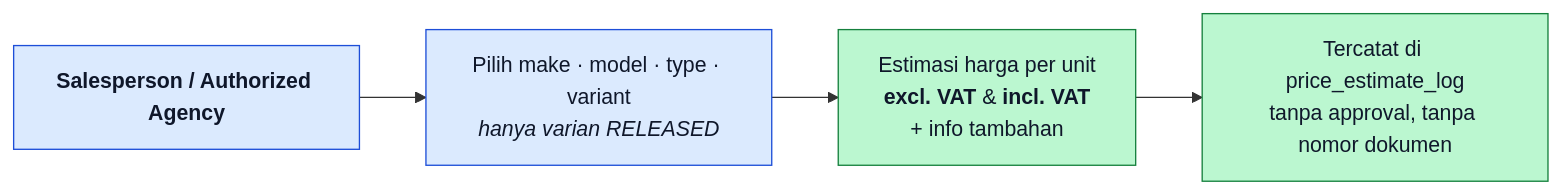
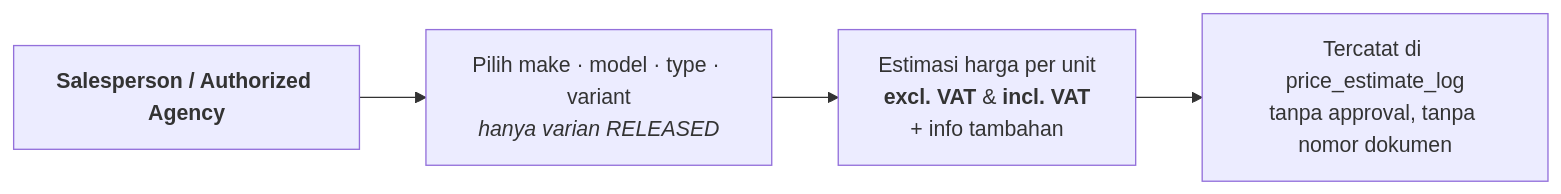
One commit to vince123890/dssvktr changed the second of 4 diagrams in docs/DEMO-FLOW-OVERVIEW.md. Above: the diagram before and after it, drawn with Mermaid. The commit also changed other lines of this file and 31 other files, not shown here.

````diff
--- a/docs/DEMO-FLOW-OVERVIEW.md
+++ b/docs/DEMO-FLOW-OVERVIEW.md
@@ -136,11 +102,6 @@
 ```mermaid
 flowchart LR
     A["<b>Salesperson / Authorized Agency</b>"] --> B["Pilih make · model · type · variant<br/><i>hanya varian RELEASED</i>"]
     B --> C["Estimasi harga per unit<br/><b>excl. VAT</b> & <b>incl. VAT</b><br/>+ info tambahan"]
     C --> D["Tercatat di price_estimate_log<br/>tanpa approval, tanpa nomor dokumen"]
-
-    classDef a fill:#dbeafe,stroke:#1d4ed8,color:#0f172a
-    classDef ok fill:#bbf7d0,stroke:#15803d,color:#0f172a
-    class A,B a
-    class C,D ok
 ```
````
